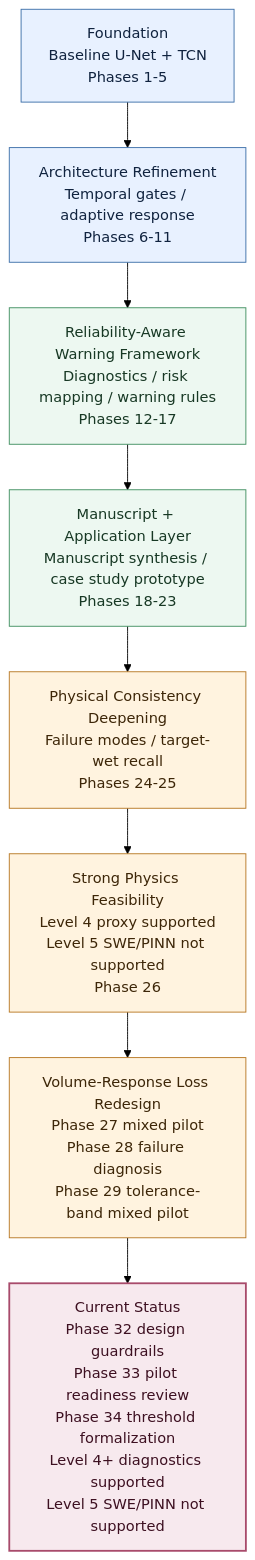
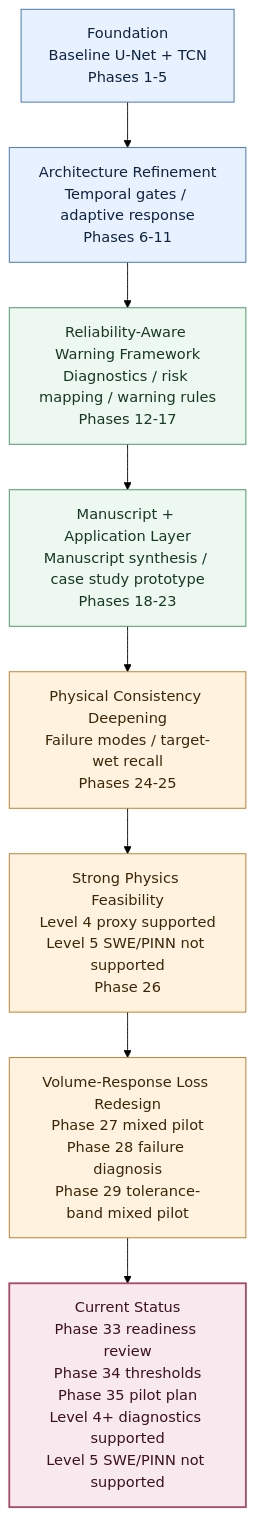
One commit to HolyLin990604/physics-guided-urban-flood-prediction changed the second of 3 diagrams in README.md. Above: the diagram before and after it, drawn with Mermaid (forest theme). The commit also changed other lines of this file and 2 other files, not shown here.

Commit message:
docs: sync phase35 pilot plan status

````diff
--- a/README.md
+++ b/README.md
@@ -28,18 +28,18 @@
 ```mermaid
 flowchart TB
     A["Foundation<br/>Baseline U-Net + TCN<br/>Phases 1-5"]:::foundation
     B["Architecture Refinement<br/>Temporal gates / adaptive response<br/>Phases 6-11"]:::foundation
     C["Reliability-Aware Warning Framework<br/>Diagnostics / risk mapping / warning rules<br/>Phases 12-17"]:::reliability
     D["Manuscript + Application Layer<br/>Manuscript synthesis / case study prototype<br/>Phases 18-23"]:::reliability
     E["Physical Consistency Deepening<br/>Failure modes / target-wet recall<br/>Phases 24-25"]:::physics
     F["Strong Physics Feasibility<br/>Level 4 proxy supported<br/>Level 5 SWE/PINN not supported<br/>Phase 26"]:::physics
     G["Volume-Response Loss Redesign<br/>Phase 27 mixed pilot<br/>Phase 28 failure diagnosis<br/>Phase 29 tolerance-band mixed pilot"]:::physics
-    H["Current Status<br/>Phase 32 design guardrails<br/>Phase 33 pilot readiness review<br/>Phase 34 threshold formalization<br/>Level 4+ diagnostics supported<br/>Level 5 SWE/PINN not supported"]:::current
+    H["Current Status<br/>Phase 33 readiness review<br/>Phase 34 thresholds<br/>Phase 35 pilot plan<br/>Level 4+ diagnostics supported<br/>Level 5 SWE/PINN not supported"]:::current
 
     A --> B --> C --> D --> E --> F --> G --> H
 
     classDef foundation fill:#e8f1ff,stroke:#3b6ea8,stroke-width:1px,color:#10233f
     classDef reliability fill:#edf8f1,stroke:#3f8f5f,stroke-width:1px,color:#173824
     classDef physics fill:#fff3df,stroke:#b77722,stroke-width:1px,color:#3d2608
     classDef current fill:#f7e9ee,stroke:#a84b6b,stroke-width:2px,color:#3d1021
 ```
````
